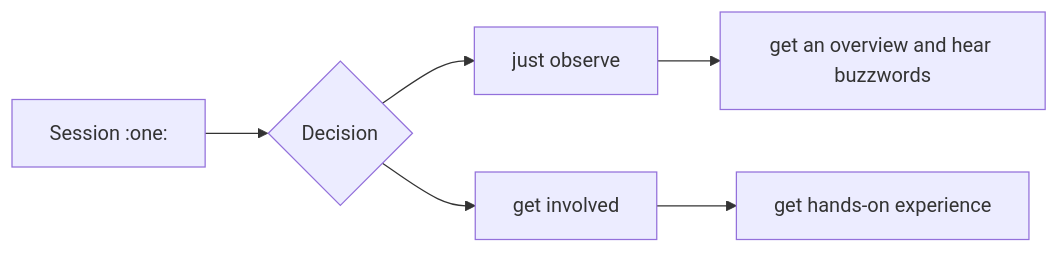
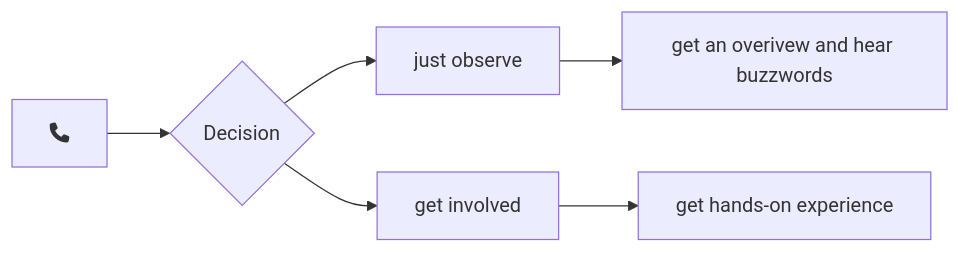
Before and after one commit to neon-ninja/QuartoSlides: the first of 4 diagrams in DataWorkflows2024.qmd, drawn with Mermaid. The commit also changed other lines of this file and 19 other files, not shown here.

Commit message:
test adding icons to mermaid in revealJS

````diff
--- a/DataWorkflows2024.qmd
+++ b/DataWorkflows2024.qmd
@@ -73,10 +76,10 @@
 ```{mermaid}
 %%| fig-width: 15
 %%| fig-height: 5
 flowchart LR
-  A["Session :one:"] --> B{Decision}
+  A[fa:fa-phone] --> B{Decision}
   B --> C[just observe]
   B --> D[get involved]
-  C --> E[get an overview and hear buzzwords]
+  C --> E[get an overivew and hear buzzwords]
   D --> F[get hands-on experience]
 ```
````
